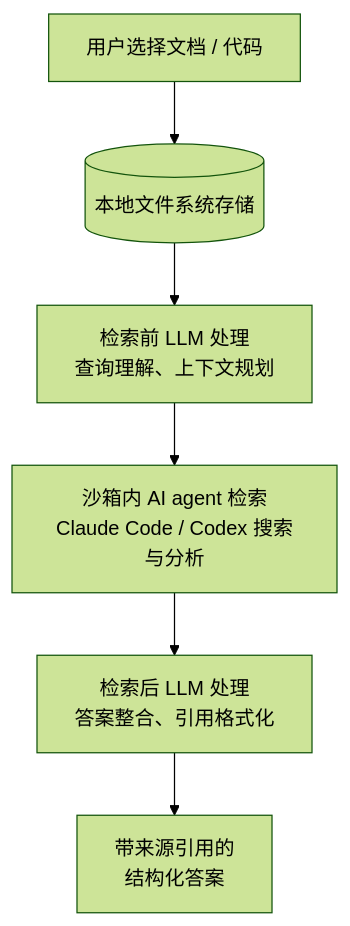
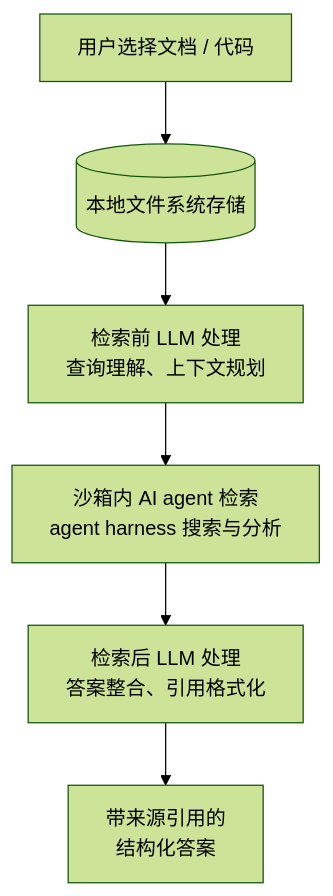
Before and after one commit to HyperBDR/sourcelens: the diagram in README.zh-CN.md, drawn with Mermaid (forest theme). The commit also changed other lines of this file and 1 other file, not shown here.

First line of the commit message:
docs(readme): clarify agent harness is analogous to, not built on, Claude Code/Codex

````diff
--- a/README.zh-CN.md
+++ b/README.zh-CN.md
@@ -18,8 +18,8 @@
 ```mermaid
 flowchart TD
     A["用户选择文档 / 代码"] --> B[("本地文件系统存储")]
     B --> C["检索前 LLM 处理<br/>查询理解、上下文规划"]
-    C --> D["沙箱内 AI agent 检索<br/>Claude Code / Codex 搜索与分析"]
+    C --> D["沙箱内 AI agent 检索<br/>agent harness 搜索与分析"]
     D --> E["检索后 LLM 处理<br/>答案整合、引用格式化"]
     E --> F["带来源引用的<br/>结构化答案"]
 ```
````
